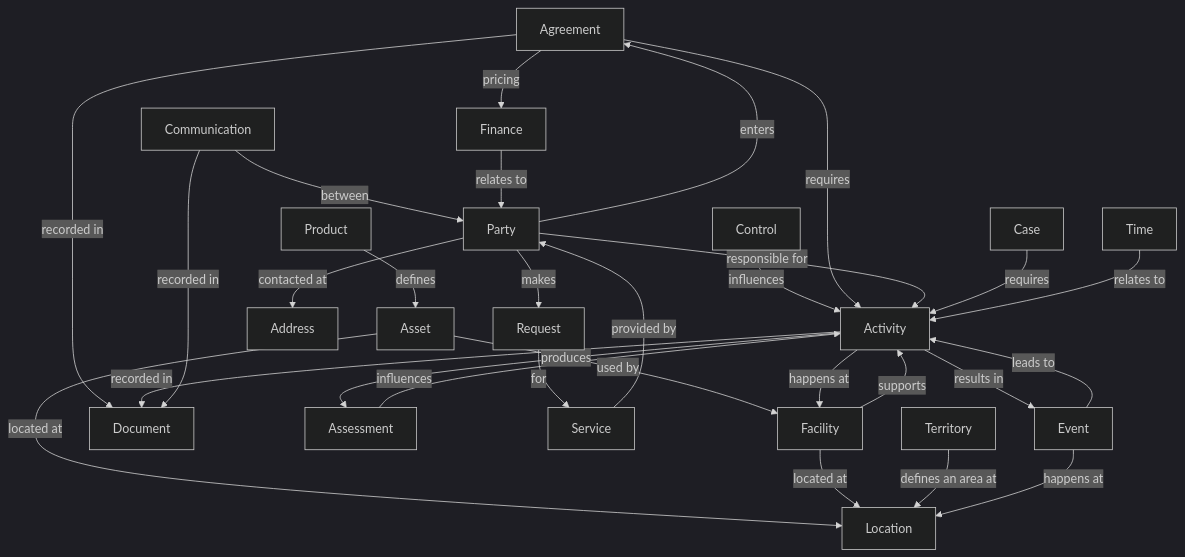
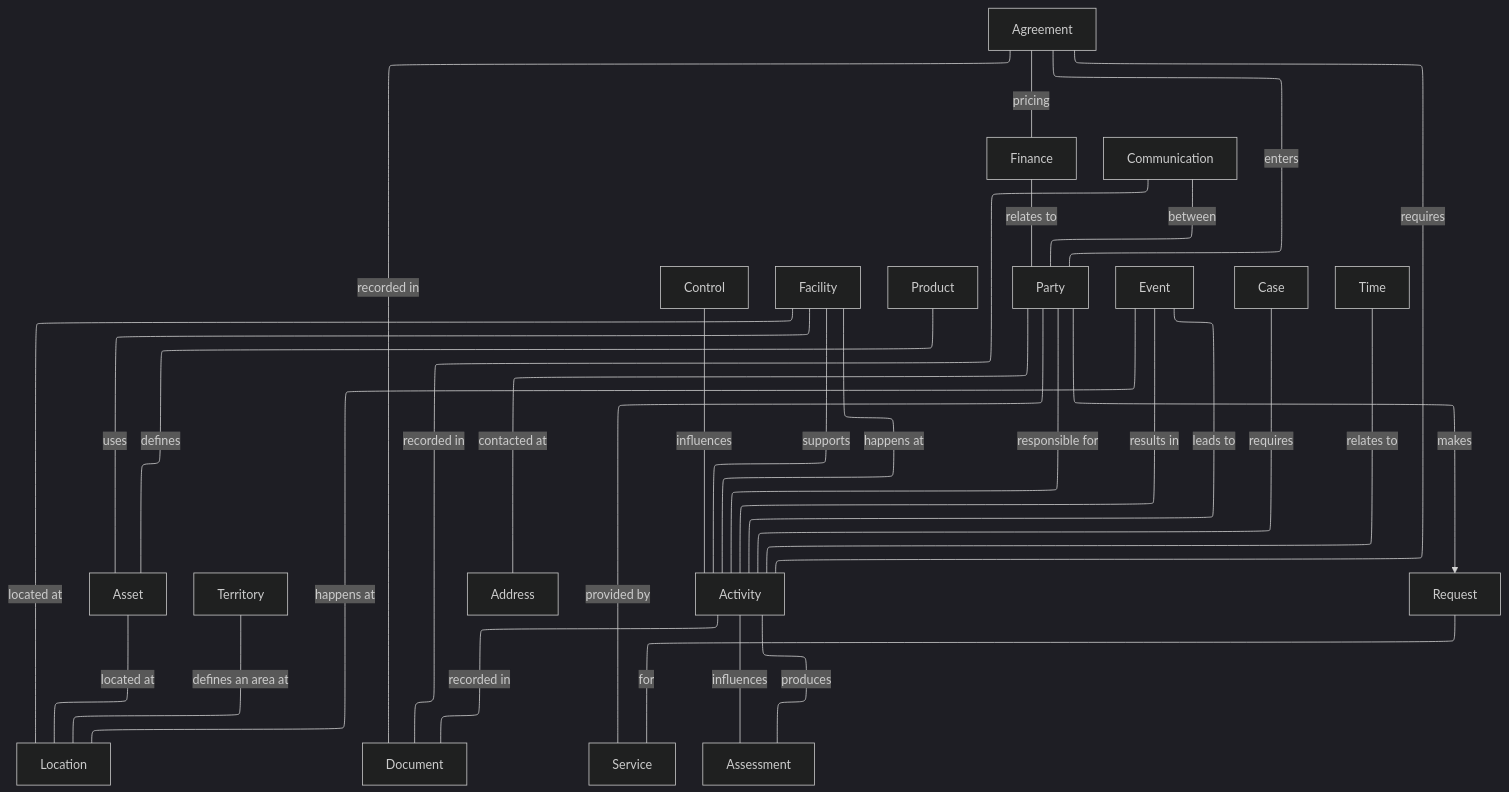
One commit to greg-solomon-defra/architecture changed the first of 2 diagrams in data/defra-on-a-page/index.md. Above: the diagram before and after it, drawn with Mermaid (dark theme). The commit also changed 131 other files, not shown here.

````diff
--- a/data/defra-on-a-page/index.md
+++ b/data/defra-on-a-page/index.md
@@ -19,54 +19,71 @@
 ```mermaid
+---
+config:
+  layout: elk
+  elk:
+    considerModelOrder: NODES_AND_EDGES
+---
 flowchart TB
   accTitle: Defra on a page enterprise conceptual data model
-  accDescr: High-level view of Defra's enterprise conceptual data entities and examples of how they relate.
+  accDescr: Enterprise conceptual entities and their relationships.
 
   Control[Control]
+
+  Facility[Facility]
+  Asset[Asset]
+  Product[Product]
   Agreement[Agreement]
-  Asset[Asset]
-  Facility[Facility]
+
   Location[Location]
   Party[Party]
   Finance[Finance]
   Document[Document]
+
+  Territory[Territory]
+  Address[Address]
+  Service[Service]
+
+  Event[Event]
+  Activity[Activity]
+  Request[Request]
+  Case[Case]
+
   Time[Time]
-  Activity[Activity]
   Assessment[Assessment]
   Communication[Communication]
-  Case[Case]
-  Address[Address]
-  Request[Request]
-  Service[Service]
-  Territory[Territory]
-  Event[Event]
-  Product[Product]
 
-  Control -->|influences| Activity
-  Agreement -->|requires| Activity
-  Agreement -->|pricing| Finance
-  Agreement -->|recorded in| Document
-  Asset -->|located at| Location
-  Asset -->|used by| Facility
-  Facility -->|located at| Location
-  Facility -->|supports| Activity
-  Party -->|responsible for| Activity
-  Party -->|contacted at| Address
-  Party -->|enters| Agreement
+  Control ---|influences| Activity
+  Agreement ---|requires| Activity
+  Agreement ---|pricing| Finance
+  Document ---|recorded in| Agreement
+
+  Asset ---|located at| Location
+  Facility ---|uses| Asset
+  Facility ---|located at| Location
+  Facility ---|supports| Activity
+  Product ---|defines| Asset
+
+  Party ---|responsible for| Activity
+  Party ---|contacted at| Address
+  Agreement ---|enters| Party
   Party -->|makes| Request
-  Activity -->|happens at| Facility
-  Activity -->|results in| Event
-  Activity -->|produces| Assessment
-  Activity -->|recorded in| Document
-  Assessment -->|influences| Activity
-  Communication -->|between| Party
-  Communication -->|recorded in| Document
-  Case -->|requires| Activity
-  Request -->|for| Service
-  Service -->|provided by| Party
-  Territory -->|defines an area at| Location
-  Event -->|happens at| Location
-  Event -->|leads to| Activity
-  Product -->|defines| Asset
-  Finance -->|relates to| Party
-  Time -->|relates to| Activity
+  Finance ---|relates to| Party
+
+  Activity ---|happens at| Facility
+  Activity ---|results in| Event
+  Activity ---|produces| Assessment
+  Activity ---|recorded in| Document
+  Assessment ---|influences| Activity
+
+  Communication ---|between| Party
+  Communication ---|recorded in| Document
+  Case ---|requires| Activity
+
+  Request ---|for| Service
+  Service ---|provided by| Party
+
+  Territory ---|defines an area at| Location
+  Event ---|happens at| Location
+  Event ---|leads to| Activity
+  Time ---|relates to| Activity
 ```
````
